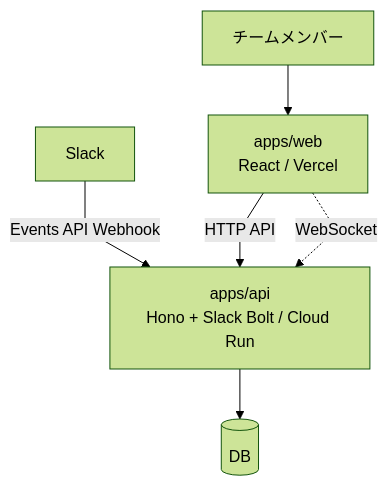
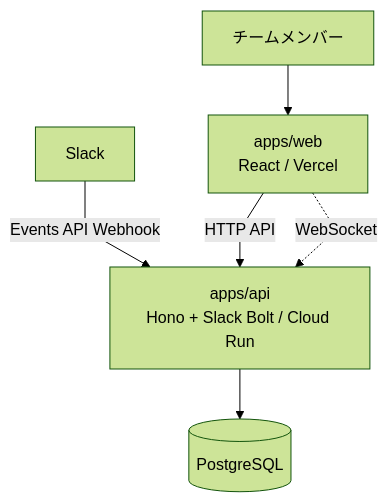
One commit to katsudon08/tamamori changed the diagram in docs/architecture.md. Above: the diagram before and after it, drawn with Mermaid (forest theme). The commit also changed other lines of this file and 3 other files, not shown here.

````diff
--- a/docs/architecture.md
+++ b/docs/architecture.md
@@ -9,15 +9,15 @@
 ```mermaid
 %%{init: {"flowchart": {"curve": "linear"}}}%%
 flowchart TD
     User["チームメンバー"]
     Slack["Slack"]
     Web["apps/web<br />React / Vercel"]
     Api["apps/api<br />Hono + Slack Bolt / Cloud Run"]
-    Db[("DB")]
+    Db[("PostgreSQL")]
 
     User --> Web
     Slack -->|Events API Webhook| Api
     Web -->|HTTP API| Api
     Web -.->|WebSocket| Api
     Api --> Db
 ```
````
